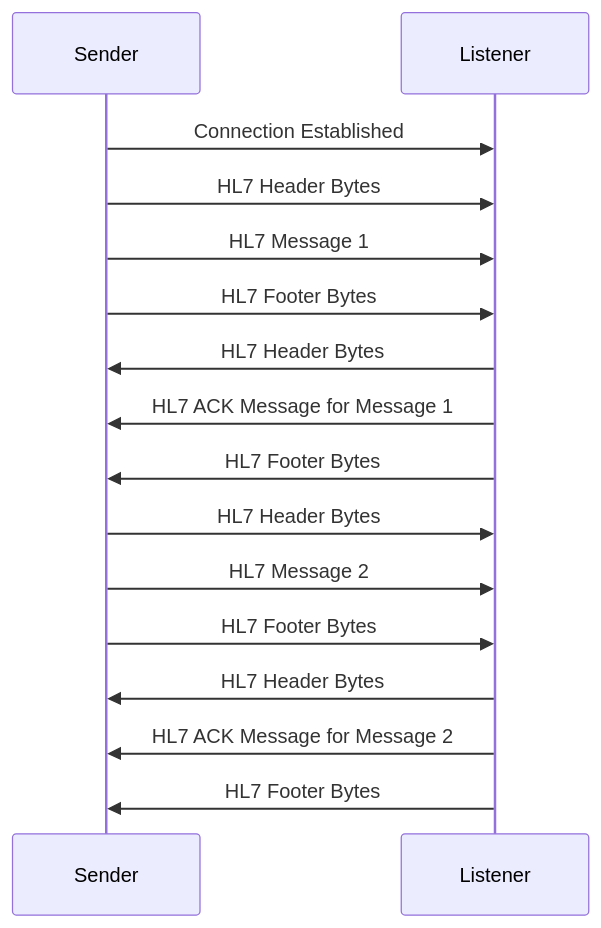
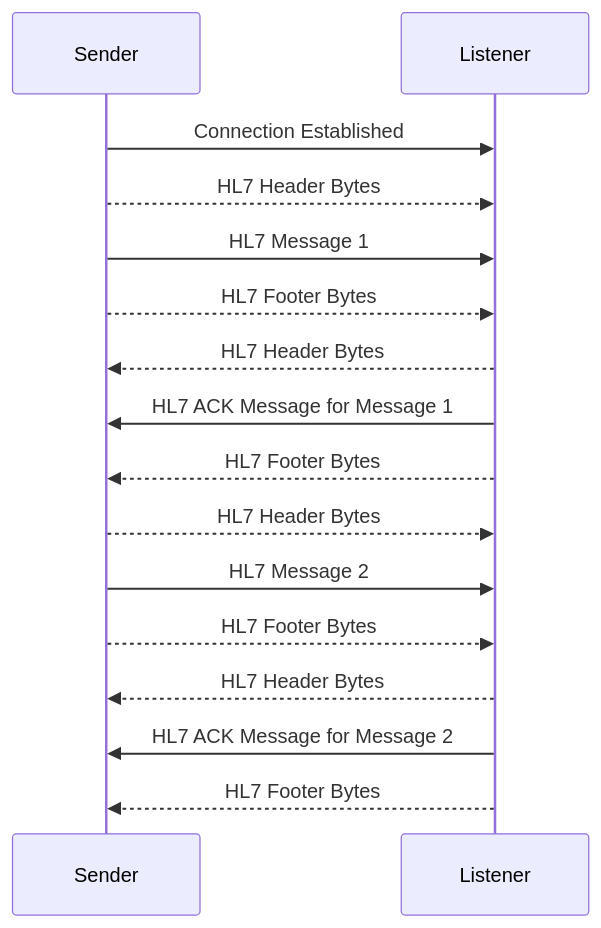
The diagram in content/hl7-protocol/_index.md (dolbeysystems/fusion-cac-hl7-docs), drawn with Mermaid before and after one commit.

Commit message:
Fixing up diagram

````diff
--- a/content/hl7-protocol/_index.md
+++ b/content/hl7-protocol/_index.md
@@ -51,16 +51,16 @@
 ```mermaid
 sequenceDiagram
   Sender->>Listener: Connection Established
-  Sender->>Listener: HL7 Header Bytes
+  Sender-->>Listener: HL7 Header Bytes
   Sender->>Listener: HL7 Message 1
-  Sender->>Listener: HL7 Footer Bytes
-  Listener->>Sender: HL7 Header Bytes
+  Sender-->>Listener: HL7 Footer Bytes
+  Listener-->>Sender: HL7 Header Bytes
   Listener->>Sender: HL7 ACK Message for Message 1
-  Listener->>Sender: HL7 Footer Bytes
-  Sender->>Listener: HL7 Header Bytes
+  Listener-->>Sender: HL7 Footer Bytes
+  Sender-->>Listener: HL7 Header Bytes
   Sender->>Listener: HL7 Message 2
-  Sender->>Listener: HL7 Footer Bytes
-  Listener->>Sender: HL7 Header Bytes
+  Sender-->>Listener: HL7 Footer Bytes
+  Listener-->>Sender: HL7 Header Bytes
   Listener->>Sender: HL7 ACK Message for Message 2
-  Listener->>Sender: HL7 Footer Bytes
+  Listener-->>Sender: HL7 Footer Bytes
 ```
````
